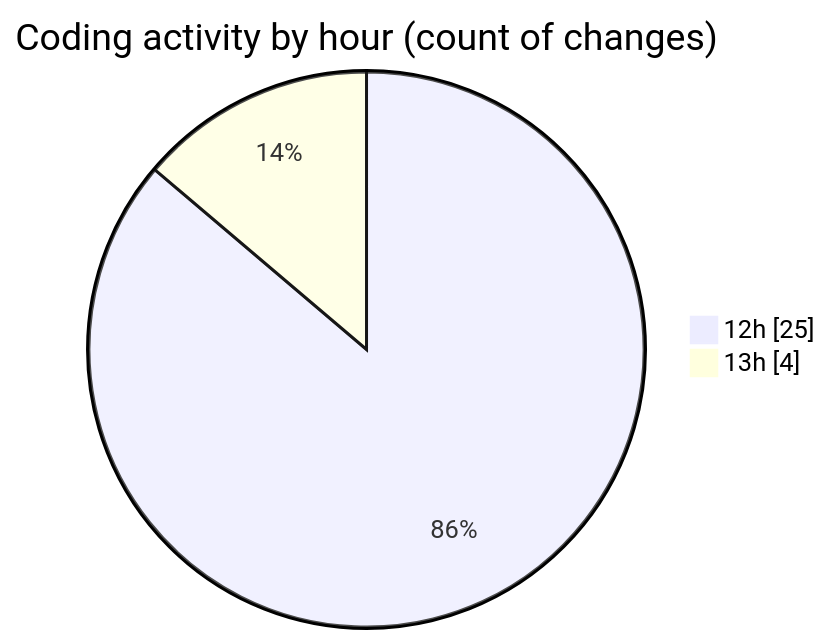
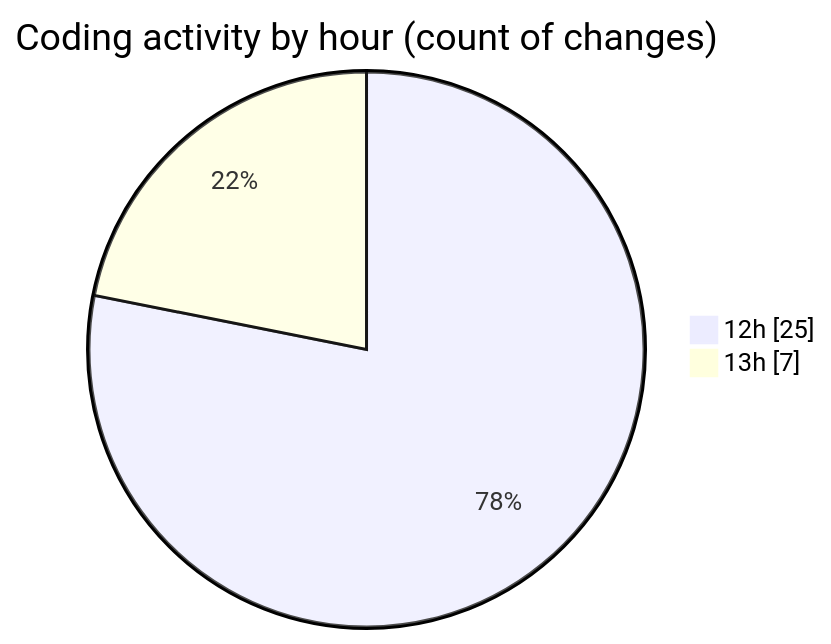
The second of 2 diagrams in 2025-08-15/cda/README.md (momahboobian/code-tracking), drawn with Mermaid before and after one commit. The commit also changed other lines of this file and 1 other file, not shown here.

````diff
--- a/2025-08-15/cda/README.md
+++ b/2025-08-15/cda/README.md
@@ -36,6 +36,6 @@
 ```mermaid
 pie showData
 title Coding activity by hour (count of changes)
 "12h" : 25
-"13h" : 4
+"13h" : 7
 ```
````
